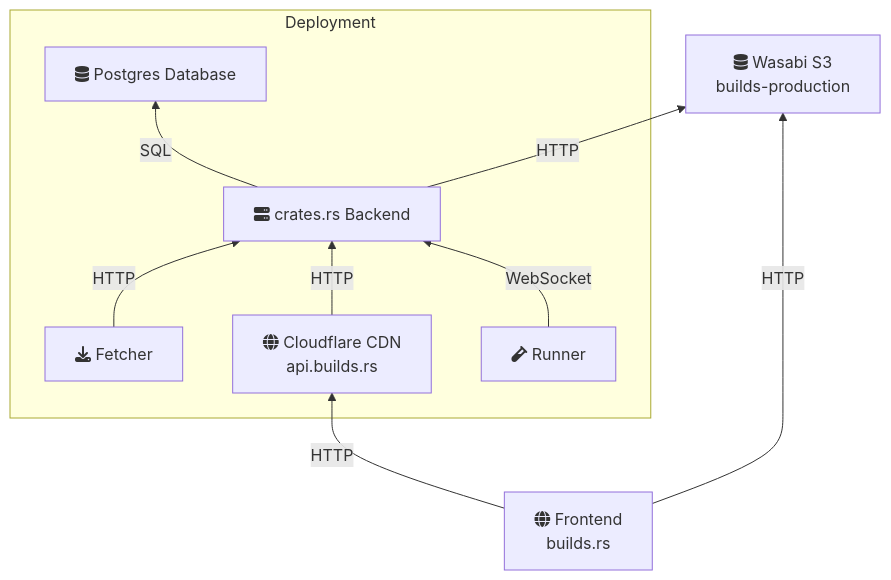
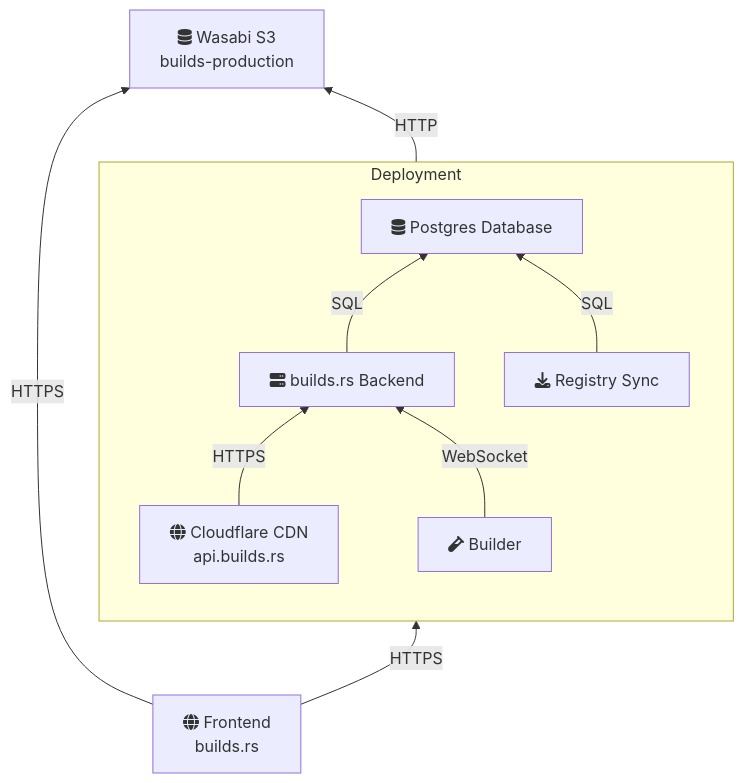
Before and after one commit to buildsrs/buildsrs: the diagram in README.md, drawn with Mermaid. The commit also changed other lines of this file, not shown here.

````diff
--- a/README.md
+++ b/README.md
@@ -12,16 +12,17 @@
 ```mermaid
 graph BT
     Storage[fa:fa-database Wasabi S3\nbuilds-production]
+    Frontend[fa:fa-globe Frontend\nbuilds.rs]
+    Frontend -->|HTTPS| Storage
+    Frontend -->|HTTPS| Proxy
     subgraph Deployment
+        direction BT
         Database[fa:fa-database Postgres Database]
-        Backend[fa:fa-server crates.rs Backend]
+        Backend[fa:fa-server builds.rs Backend]
         Backend  -->|SQL| Database
-        Fetcher[fa:fa-download Fetcher] -->|HTTP| Backend
-        Proxy[fa:fa-globe Cloudflare CDN\napi.builds.rs] -->|HTTP| Backend
-        Runner[fa:fa-vial Runner] -->|WebSocket| Backend
+        Sync[fa:fa-download Registry Sync] -->|SQL| Database
+        Proxy[fa:fa-globe Cloudflare CDN\napi.builds.rs] -->|HTTPS| Backend
+        Builder[fa:fa-vial Builder] -->|WebSocket| Backend
     end
-    Backend  -->|HTTP| Storage 
-    Frontend[fa:fa-globe Frontend\nbuilds.rs]
-    Frontend -->|HTTP| Proxy
-    Frontend -->|HTTP| Storage
+    Backend  -->|HTTP| Storage
 ```
````
